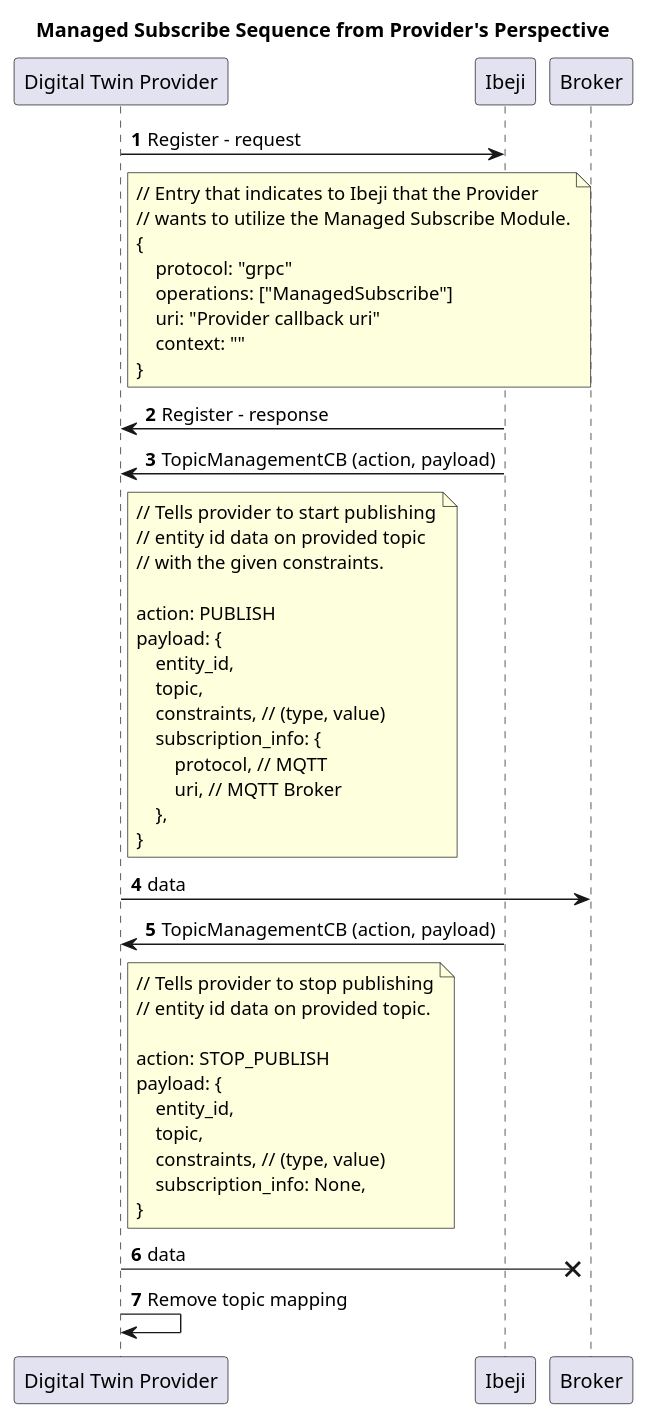
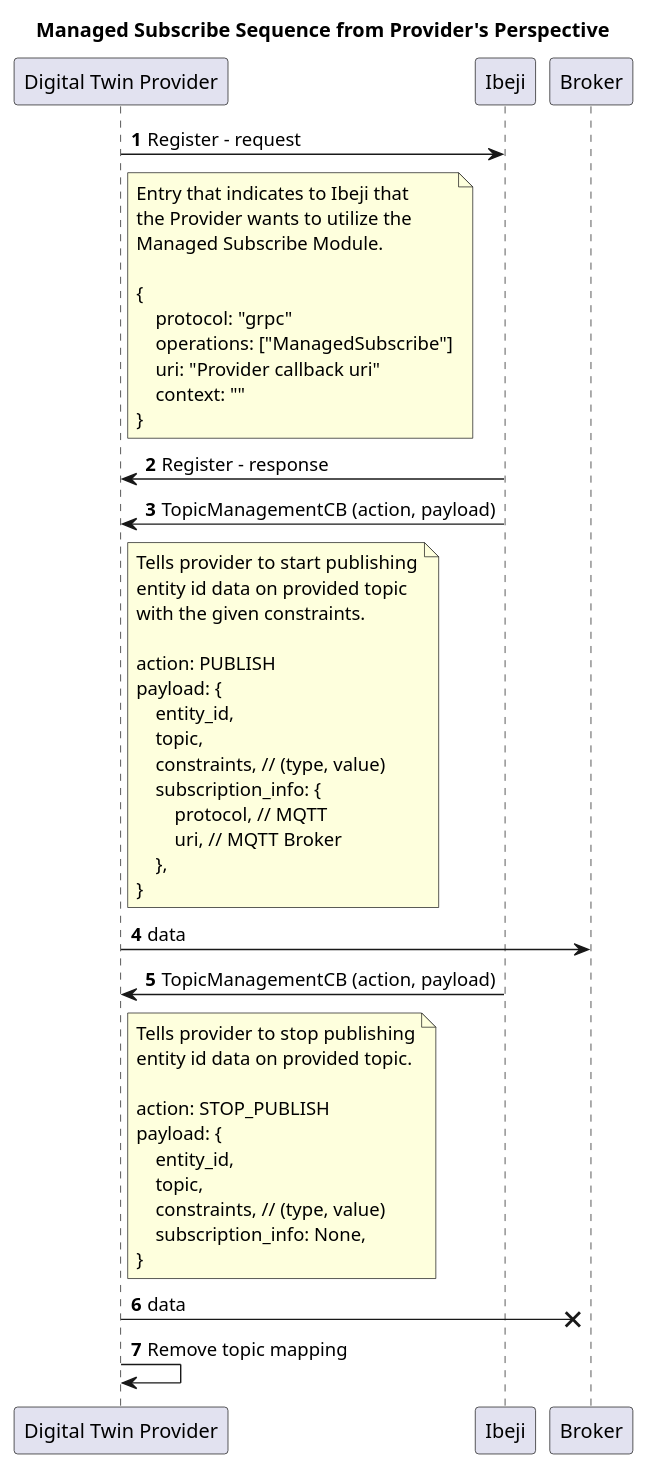
The diagram in docs/design/diagrams/managed_subscribe_provider_sequence.puml (eclipse-ibeji/ibeji), drawn with PlantUML before and after one commit. The commit also changed 7 other files, not shown here.

Commit message:
Update diagrams

```diff
--- a/docs/design/diagrams/managed_subscribe_provider_sequence.puml
+++ b/docs/design/diagrams/managed_subscribe_provider_sequence.puml
@@ -1,55 +1,57 @@
 @startuml Managed Subscribe Provider
 title Managed Subscribe Sequence from Provider's Perspective
 participant "Digital Twin Provider" as DTProvider
 participant Ibeji
 participant Broker
 
 autonumber
 
 DTProvider -> Ibeji: Register - request
 note right of DTProvider
-// Entry that indicates to Ibeji that the Provider
-// wants to utilize the Managed Subscribe Module.
+Entry that indicates to Ibeji that
+the Provider wants to utilize the
+Managed Subscribe Module.
+
 {
     protocol: "grpc"
     operations: ["ManagedSubscribe"]
     uri: "Provider callback uri"
     context: ""
 }
 end note
 Ibeji -> DTProvider: Register - response
 
 Ibeji -> DTProvider: TopicManagementCB (action, payload)
 note right of DTProvider
-// Tells provider to start publishing
-// entity id data on provided topic
-// with the given constraints.
+Tells provider to start publishing
+entity id data on provided topic
+with the given constraints.
 
 action: PUBLISH
 payload: {
     entity_id,
     topic,
     constraints, // (type, value)
     subscription_info: {
         protocol, // MQTT
         uri, // MQTT Broker
     },
 }
 end note
 DTProvider -> Broker: data
 DTProvider <- Ibeji: TopicManagementCB (action, payload)
 note right of DTProvider
-// Tells provider to stop publishing
-// entity id data on provided topic.
+Tells provider to stop publishing
+entity id data on provided topic.
 
 action: STOP_PUBLISH
 payload: {
     entity_id,
     topic,
     constraints, // (type, value)
     subscription_info: None,
 }
 end note
 DTProvider ->x Broker: data
 DTProvider -> DTProvider: Remove topic mapping
 @enduml
```
